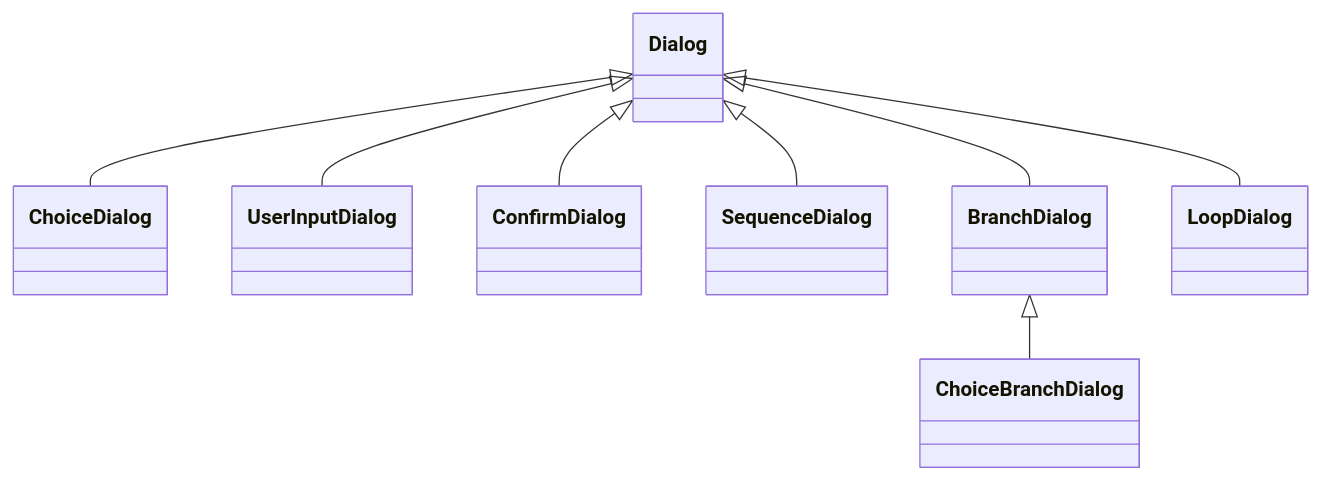
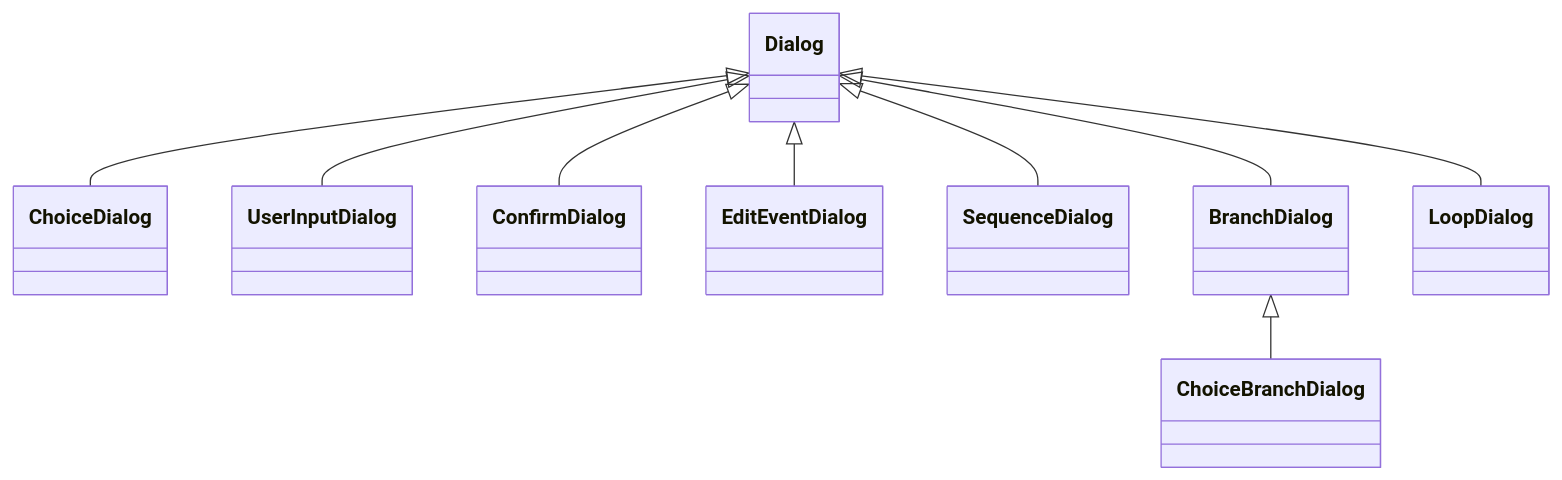
The second of 3 diagrams in IMPLEMENTATION.md (ItamarShmelo/my_bot_framework), drawn with Mermaid before and after one commit. The commit also changed other lines of this file and 8 other files, not shown here.

First line of the commit message:
Add EditEventDialog and HTML escape protection

````diff
--- a/IMPLEMENTATION.md
+++ b/IMPLEMENTATION.md
@@ -268,10 +269,11 @@
 ```mermaid
 classDiagram
     Dialog <|-- ChoiceDialog
     Dialog <|-- UserInputDialog
     Dialog <|-- ConfirmDialog
+    Dialog <|-- EditEventDialog
     Dialog <|-- SequenceDialog
     Dialog <|-- BranchDialog
     Dialog <|-- LoopDialog
     BranchDialog <|-- ChoiceBranchDialog
 ```
````
